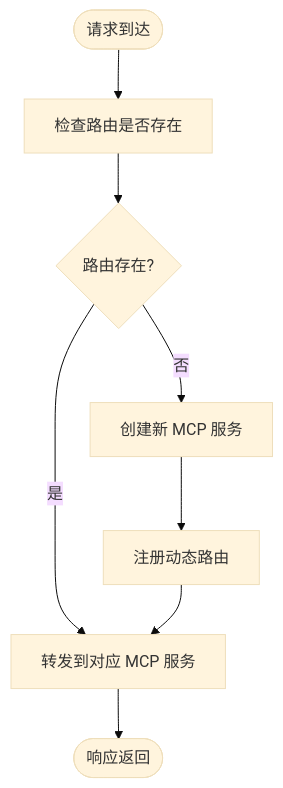
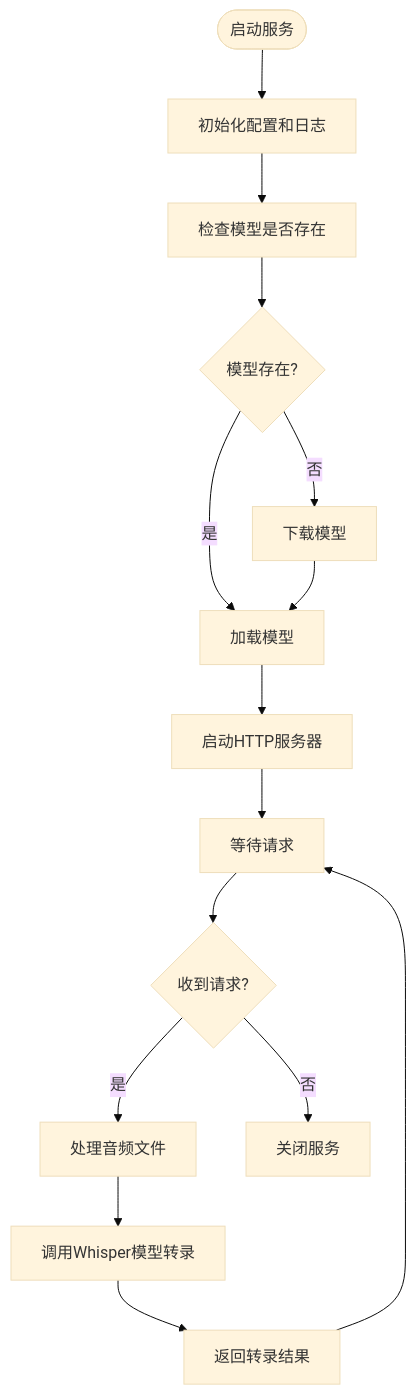
Before and after one commit to nuwax-ai/mcp-proxy: the fifth of 7 diagrams in .qoder/repowiki/zh/content/项目概述.md, drawn with Mermaid (base theme). The commit also changed other lines of this file and 147 other files, not shown here.

````diff
--- a/.qoder/repowiki/zh/content/项目概述.md
+++ b/.qoder/repowiki/zh/content/项目概述.md
@@ -134,10 +188,17 @@
 ```mermaid
 flowchart TD
-Start([请求到达]) --> CheckRoute["检查路由是否存在"]
-CheckRoute --> RouteExists{"路由存在?"}
-RouteExists --> |是| Forward["转发到对应 MCP 服务"]
-RouteExists --> |否| CreateRoute["创建新 MCP 服务"]
-CreateRoute --> Register["注册动态路由"]
-Register --> Forward
-Forward --> End([响应返回])
+Start([启动服务]) --> Init["初始化配置和日志"]
+Init --> Check["检查模型是否存在"]
+Check --> ModelExists{"模型存在?"}
+ModelExists --> |否| Download["下载模型"]
+ModelExists --> |是| Load["加载模型"]
+Download --> Load
+Load --> StartServer["启动HTTP服务器"]
+StartServer --> WaitForRequest["等待请求"]
+WaitForRequest --> RequestReceived{"收到请求?"}
+RequestReceived --> |是| ProcessAudio["处理音频文件"]
+ProcessAudio --> Transcribe["调用Whisper模型转录"]
+Transcribe --> ReturnResult["返回转录结果"]
+ReturnResult --> WaitForRequest
+RequestReceived --> |否| Shutdown["关闭服务"]
 ```
````
